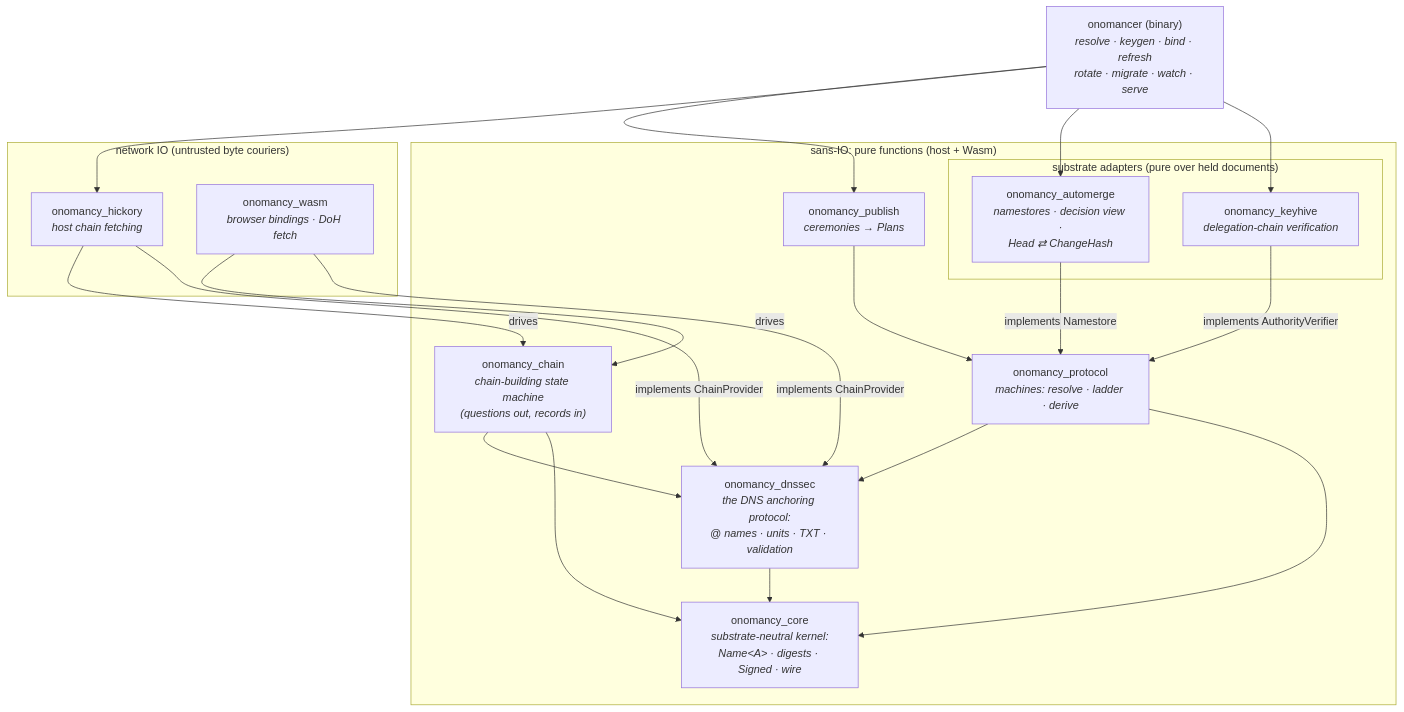
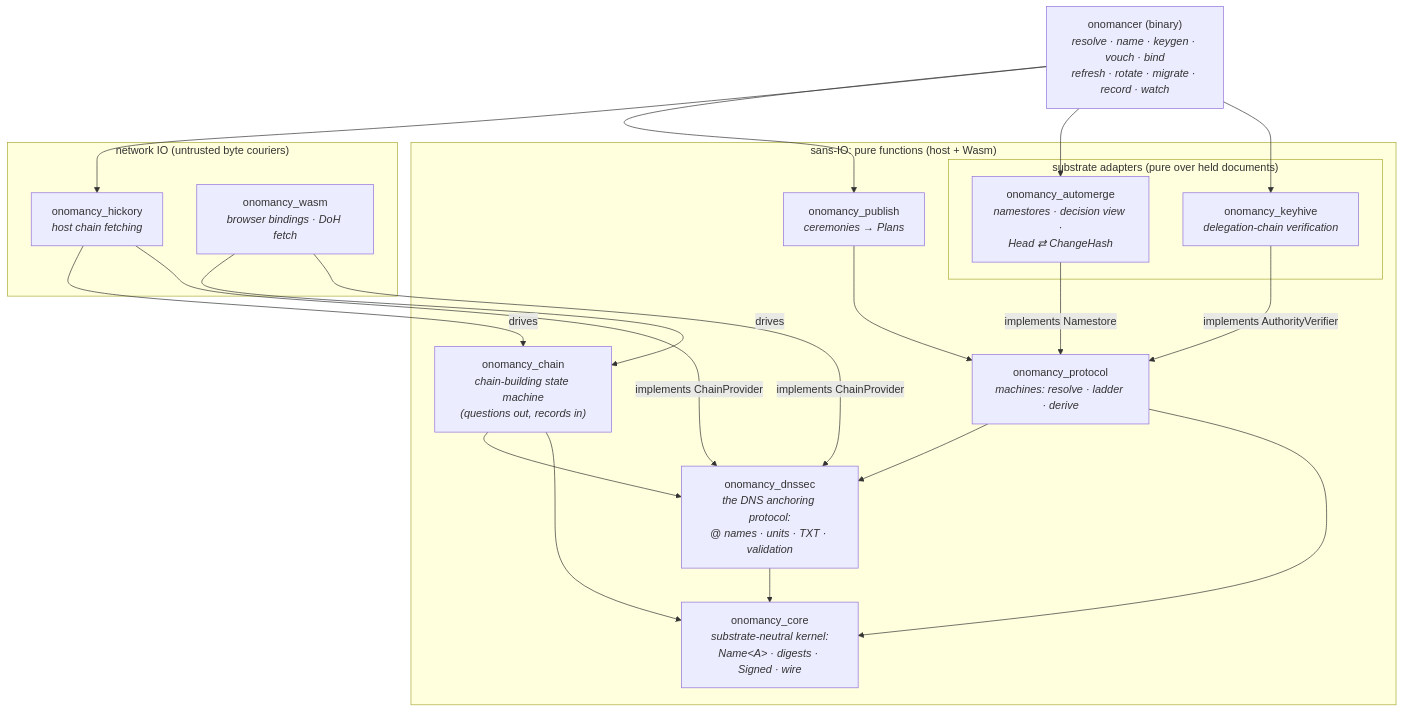
One commit to inkandswitch/onomancy changed the diagram in README.md. Above: the diagram before and after it, drawn with Mermaid. The commit also changed other lines of this file and 96 other files, not shown here.

````diff
--- a/README.md
+++ b/README.md
@@ -44,39 +44,39 @@
 ```mermaid
 graph TD
     subgraph pure ["sans-IO: pure functions (host + Wasm)"]
         core["onomancy_core<br/><i>substrate-neutral kernel:<br/>Name&lt;A&gt; · digests · Signed · wire</i>"]
         dnssec["onomancy_dnssec<br/><i>the DNS anchoring protocol:<br/>@ names · units · TXT · validation</i>"]
         proto["onomancy_protocol<br/><i>machines: resolve · ladder · derive</i>"]
         chain["onomancy_chain<br/><i>chain-building state machine<br/>(questions out, records in)</i>"]
         publish["onomancy_publish<br/><i>ceremonies → Plans</i>"]
 
         subgraph adapters ["substrate adapters (pure over held documents)"]
             automerge["onomancy_automerge<br/><i>namestores · decision view ·<br/>Head ⇄ ChangeHash</i>"]
             keyhive["onomancy_keyhive<br/><i>delegation-chain verification</i>"]
         end
     end
 
     subgraph network ["network IO (untrusted byte couriers)"]
         hickory["onomancy_hickory<br/><i>host chain fetching</i>"]
         wasm["onomancy_wasm<br/><i>browser bindings · DoH fetch</i>"]
     end
 
-    onomancer["onomancer (binary)<br/><i>resolve · keygen · bind · refresh<br/>rotate · migrate · watch · serve</i>"]
+    onomancer["onomancer (binary)<br/><i>resolve · name · keygen · vouch · bind<br/>refresh · rotate · migrate · record · watch</i>"]
 
     dnssec --> core
     proto --> dnssec
     proto --> core
     chain --> dnssec
     chain --> core
     hickory -- "drives" --> chain
     wasm -- "drives" --> chain
     publish --> proto
     automerge -- "implements Namestore" --> proto
     keyhive -- "implements AuthorityVerifier" --> proto
     hickory -- "implements ChainProvider" --> dnssec
     wasm -- "implements ChainProvider" --> dnssec
     onomancer --> publish
     onomancer --> hickory
     onomancer --> automerge
     onomancer --> keyhive
 ```
````
